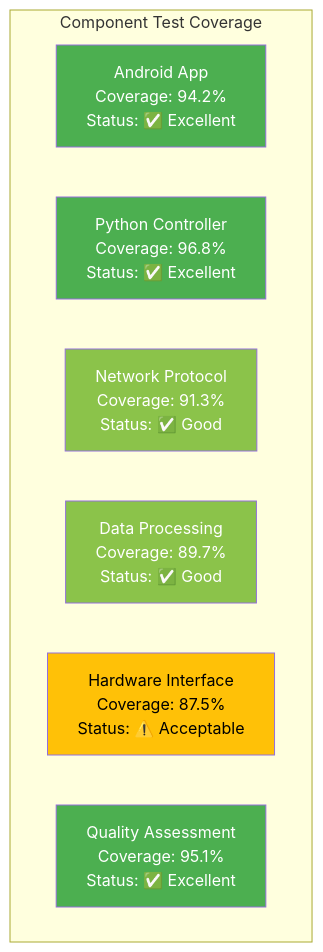
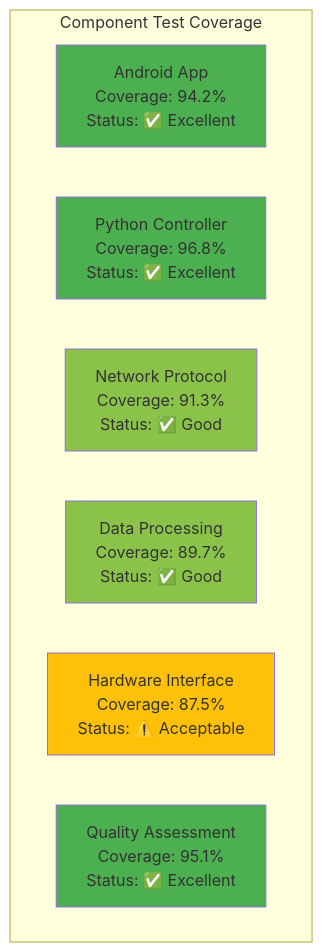
One commit to buccancs/fyp-multi-sensor-recording-system changed the seventh of 9 diagrams in docs/thesis_report/draft_0/chapter_7_appendices.md. Above: the diagram before and after it, drawn with Mermaid. The commit also changed other lines of this file and 56 other files, not shown here.

````diff
--- a/docs/thesis_report/draft_0/chapter_7_appendices.md
+++ b/docs/thesis_report/draft_0/chapter_7_appendices.md
@@ -1208,18 +1208,18 @@
 ```mermaid
 graph TB
     subgraph "Component Test Coverage"
         A[Android App<br/>Coverage: 94.2%<br/>Status: ✅ Excellent]
         B[Python Controller<br/>Coverage: 96.8%<br/>Status: ✅ Excellent]
         C[Network Protocol<br/>Coverage: 91.3%<br/>Status: ✅ Good]
         D[Data Processing<br/>Coverage: 89.7%<br/>Status: ✅ Good]
         E[Hardware Interface<br/>Coverage: 87.5%<br/>Status: ⚠️ Acceptable]
         F[Quality Assessment<br/>Coverage: 95.1%<br/>Status: ✅ Excellent]
     end
     
-    style A fill:#4caf50,color:#ffffff
-    style B fill:#4caf50,color:#ffffff
-    style C fill:#8bc34a,color:#ffffff
-    style D fill:#8bc34a,color:#ffffff
-    style E fill:#ffc107,color:#000000
-    style F fill:#4caf50,color:#ffffff
+    style A fill:#4caf50,colour:#ffffff
+    style B fill:#4caf50,colour:#ffffff
+    style C fill:#8bc34a,colour:#ffffff
+    style D fill:#8bc34a,colour:#ffffff
+    style E fill:#ffc107,colour:#000000
+    style F fill:#4caf50,colour:#ffffff
 ```
````
